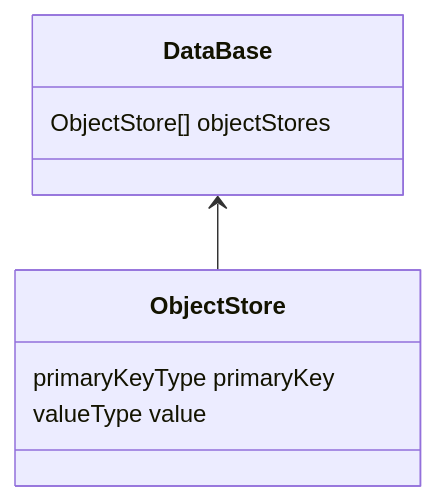
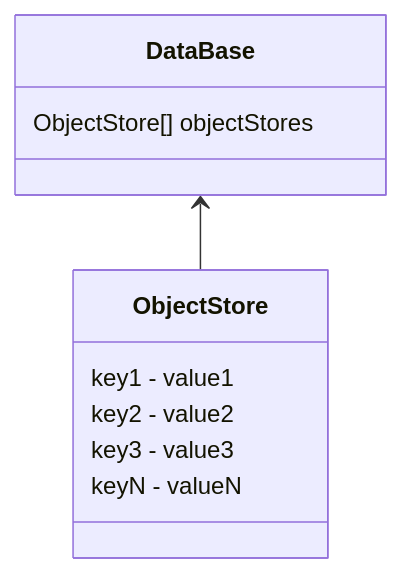
One commit to Vladimirirr/Sealeded changed the diagram in articles/浏览器技术/IndexedDB/index.md. Above: the diagram before and after it, drawn with Mermaid. The commit also changed other lines of this file and 5 other files, not shown here.

````diff
--- a/articles/浏览器技术/IndexedDB/index.md
+++ b/articles/浏览器技术/IndexedDB/index.md
@@ -71,13 +71,15 @@
 ```mermaid
 classDiagram
 
 class DataBase
   DataBase: ObjectStore[] objectStores
 
 class ObjectStore
-  ObjectStore: primaryKeyType primaryKey
-  ObjectStore: valueType value
+  ObjectStore: key1 - value1
+  ObjectStore: key2 - value2
+  ObjectStore: key3 - value3
+  ObjectStore: keyN - valueN
 
 DataBase <-- ObjectStore
 
 ```
````
